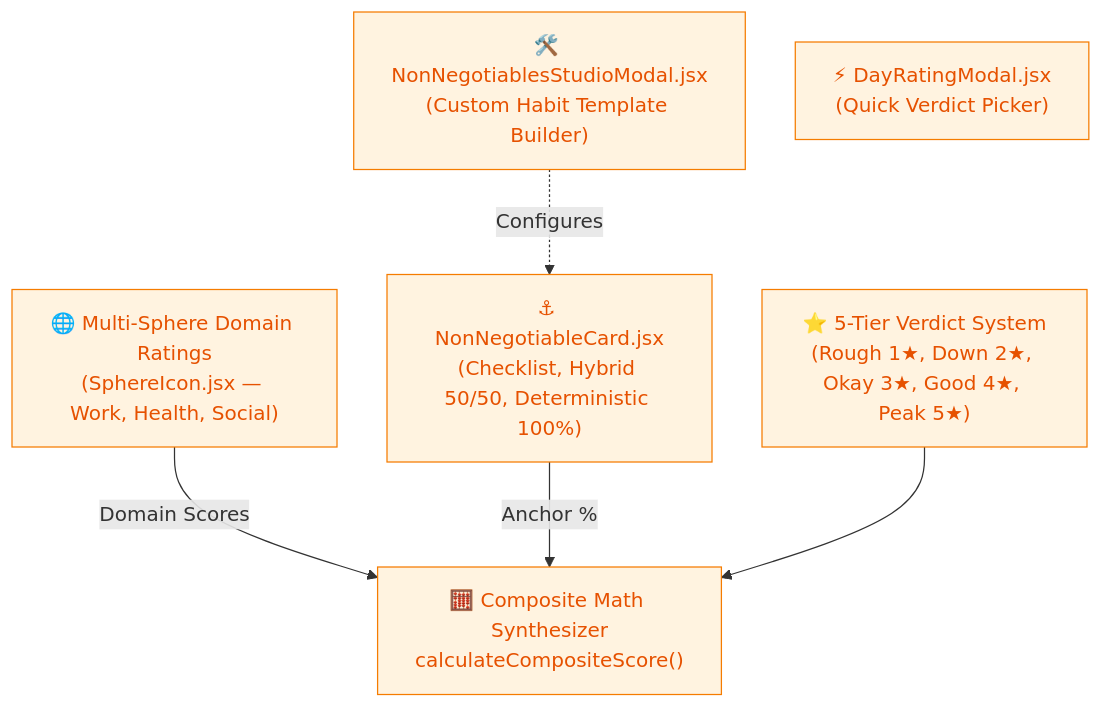
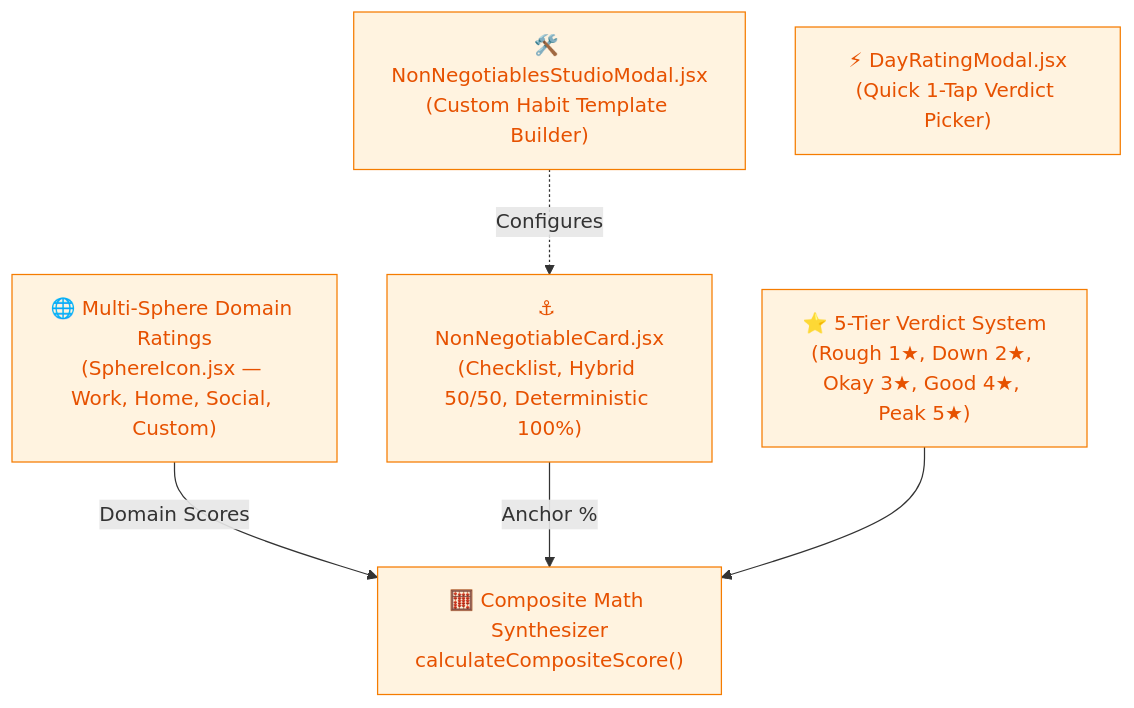
One commit to TRINNO112/shit-or-hit changed the third of 10 diagrams in README.md. Above: the diagram before and after it, drawn with Mermaid. The commit also changed other lines of this file, not shown here.

Commit message:
D385: Expand frontend architecture showcase in README with Stasis Sanctuary, Behavioral Trilogy, AES Vault, and DPDPA 2023

````diff
--- a/README.md
+++ b/README.md
@@ -79,18 +85,18 @@
 ```mermaid
 %%{init: {'flowchart': {'nodeSpacing': 40, 'rankSpacing': 60, 'curve': 'basis'}}}%%
 flowchart TD
     SingleTier["⭐ 5-Tier Verdict System<br/>(Rough 1★, Down 2★, Okay 3★, Good 4★, Peak 5★)"]
-    SphereEngine["🌐 Multi-Sphere Domain Ratings<br/>(SphereIcon.jsx — Work, Health, Social)"]
+    SphereEngine["🌐 Multi-Sphere Domain Ratings<br/>(SphereIcon.jsx — Work, Home, Social, Custom)"]
     AnchorEngine["⚓ NonNegotiableCard.jsx<br/>(Checklist, Hybrid 50/50, Deterministic 100%)"]
     AnchorStudio["🛠️ NonNegotiablesStudioModal.jsx<br/>(Custom Habit Template Builder)"]
-    DayRatingPopup["⚡ DayRatingModal.jsx<br/>(Quick Verdict Picker)"]
+    DayRatingPopup["⚡ DayRatingModal.jsx<br/>(Quick 1-Tap Verdict Picker)"]
     CompositeMath["🧮 Composite Math Synthesizer<br/>calculateCompositeScore()"]
 
     AnchorStudio -.->|Configures| AnchorEngine
     SphereEngine -->|Domain Scores| CompositeMath
     AnchorEngine -->|Anchor %| CompositeMath
     SingleTier --> CompositeMath
 
     classDef l2 fill:#FFF3E0,stroke:#F57C00,color:#E65100
     class SingleTier,SphereEngine,AnchorEngine,AnchorStudio,DayRatingPopup,CompositeMath l2
 ```
````
